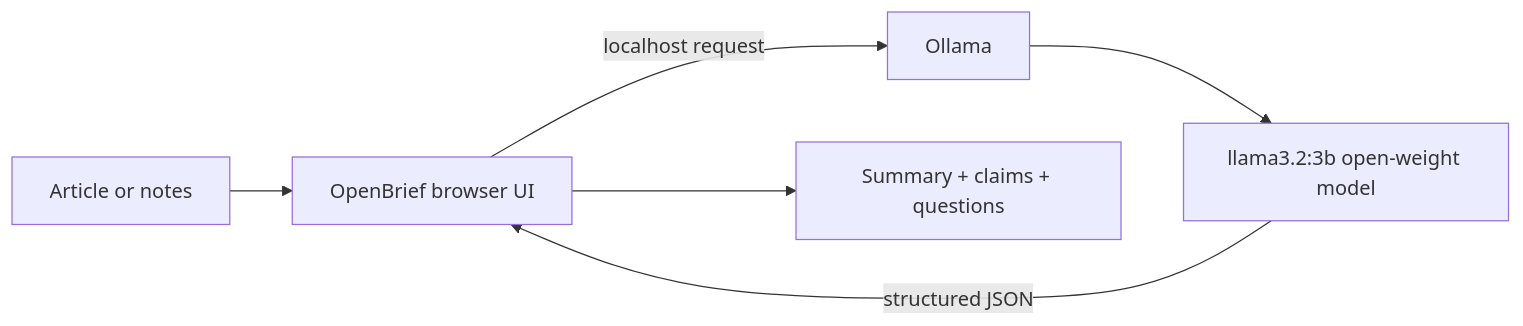
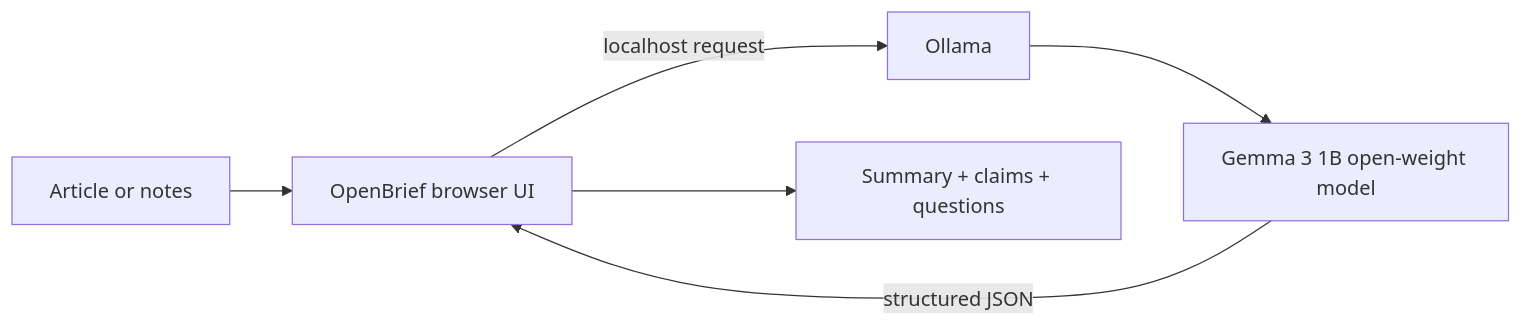
Before and after one commit to BOTPranav-01/OpenBrief: the diagram in README.md, drawn with Mermaid. The commit also changed other lines of this file and 2 other files, not shown here.

First line of the commit message:
Use Gemma for local AI inference

````diff
--- a/README.md
+++ b/README.md
@@ -40,8 +40,8 @@
 ```mermaid
 flowchart LR
   A[Article or notes] --> B[OpenBrief browser UI]
   B -->|localhost request| C[Ollama]
-  C --> D[llama3.2:3b open-weight model]
+  C --> D[Gemma 3 1B open-weight model]
   D -->|structured JSON| B
   B --> E[Summary + claims + questions]
 ```
````
